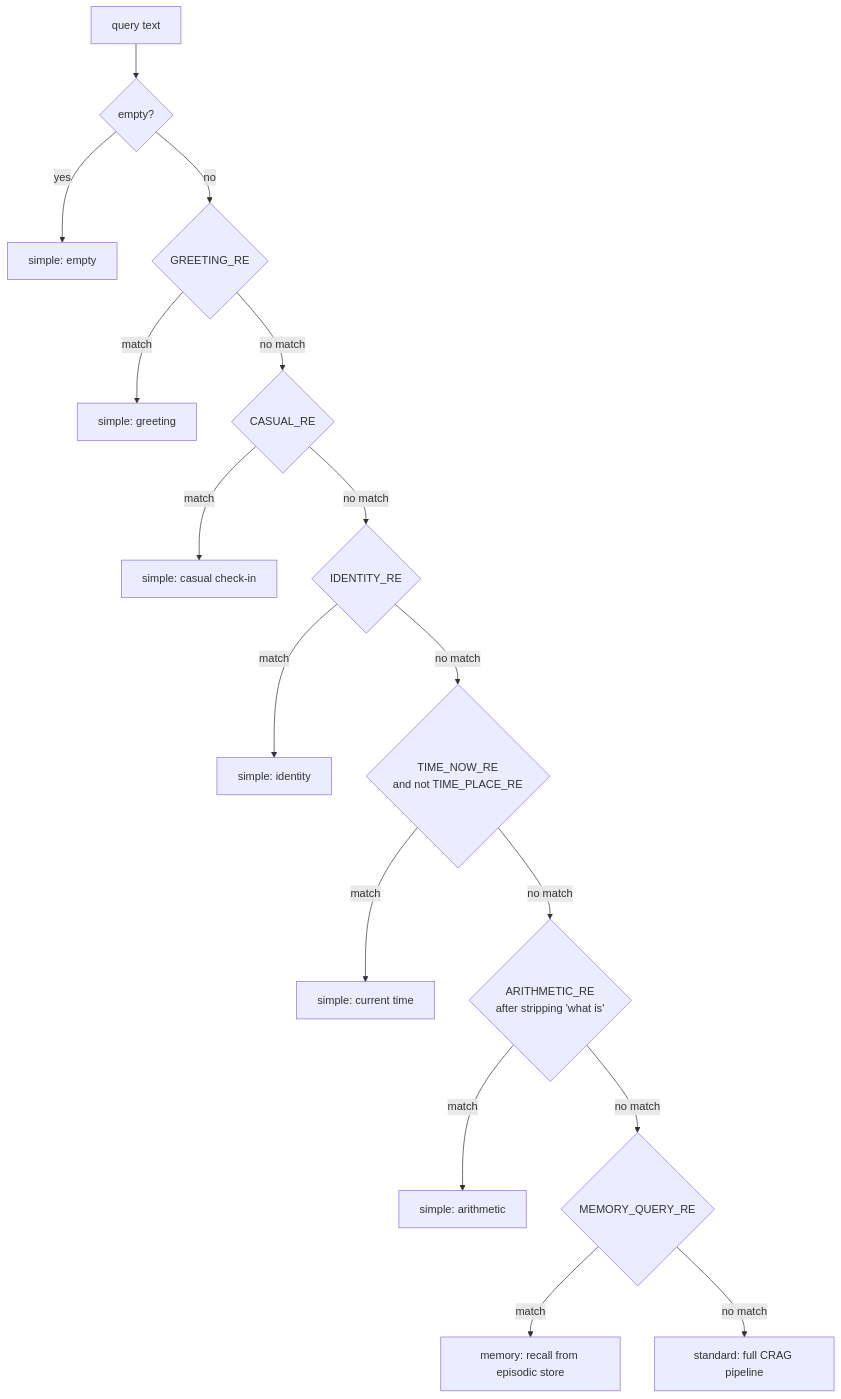
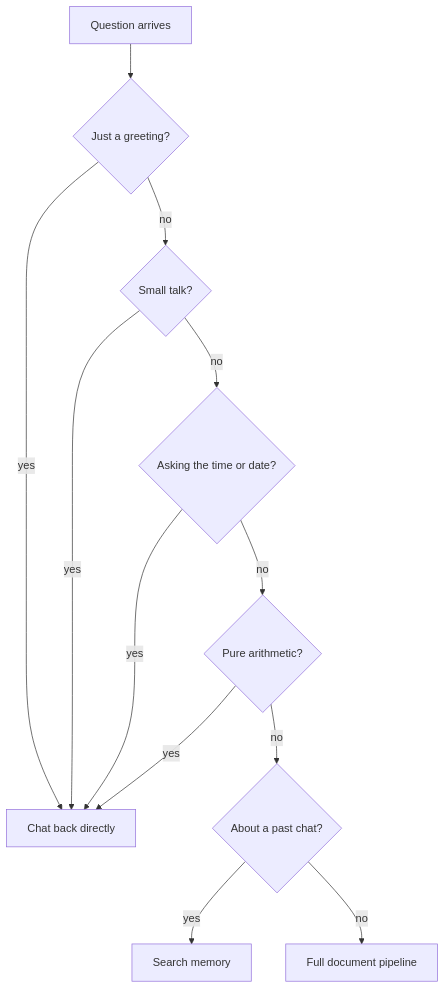
Before and after one commit to hacktivist211/CRAG-pp: the third of 4 diagrams in README.md, drawn with Mermaid. The commit also changed other lines of this file, not shown here.

Commit message:
Update print statement from 'Hello' to 'Goodbye'

````diff
--- a/README.md
+++ b/README.md
@@ -210,18 +151,14 @@
 ```mermaid
 flowchart TD
-    IN["query text"] --> EMPTY{"empty?"}
-    EMPTY -->|yes| S1["simple: empty"]
-    EMPTY -->|no| GREET{"GREETING_RE"}
-    GREET -->|match| S2["simple: greeting"]
-    GREET -->|no match| CASUAL{"CASUAL_RE"}
-    CASUAL -->|match| S3["simple: casual check-in"]
-    CASUAL -->|no match| IDENT{"IDENTITY_RE"}
-    IDENT -->|match| S4["simple: identity"]
-    IDENT -->|no match| TIME{"TIME_NOW_RE<br/>and not TIME_PLACE_RE"}
-    TIME -->|match| S5["simple: current time"]
-    TIME -->|no match| ARITH{"ARITHMETIC_RE<br/>after stripping 'what is'"}
-    ARITH -->|match| S6["simple: arithmetic"]
-    ARITH -->|no match| MEM{"MEMORY_QUERY_RE"}
-    MEM -->|match| MEMO["memory: recall from episodic store"]
-    MEM -->|no match| STD["standard: full CRAG pipeline"]
+    Ask["Question arrives"] --> Hello{"Just a greeting?"}
+    Hello -->|yes| Chat["Chat back directly"]
+    Hello -->|no| Casual{"Small talk?"}
+    Casual -->|yes| Chat
+    Casual -->|no| Time{"Asking the time or date?"}
+    Time -->|yes| Chat
+    Time -->|no| Math{"Pure arithmetic?"}
+    Math -->|yes| Chat
+    Math -->|no| Past{"About a past chat?"}
+    Past -->|yes| Memory["Search memory"]
+    Past -->|no| Full["Full document pipeline"]
 ```
````
